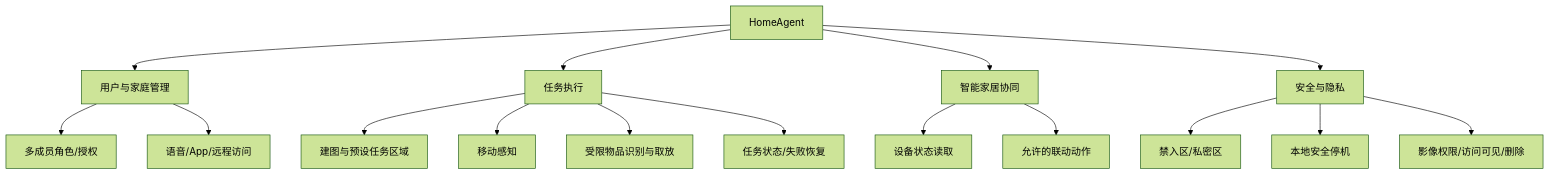
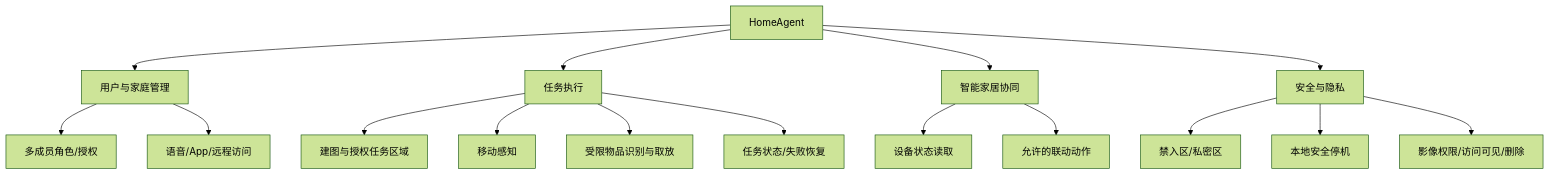
The third of 4 diagrams in src/content/projectDocuments/homeAgent/home-agent.md (kari-leo/windborne-blog), drawn with Mermaid (forest theme) before and after one commit. The commit also changed other lines of this file and 13 other files, not shown here.

````diff
--- a/src/content/projectDocuments/homeAgent/home-agent.md
+++ b/src/content/projectDocuments/homeAgent/home-agent.md
@@ -144,18 +144,18 @@
 ```mermaid
 flowchart TD
     A[HomeAgent] --> B[用户与家庭管理]
     A --> C[任务执行]
     A --> D[智能家居协同]
     A --> E[安全与隐私]
     B --> B1[多成员角色/授权]
     B --> B2[语音/App/远程访问]
-    C --> C1[建图与预设任务区域]
+    C --> C1[建图与授权任务区域]
     C --> C2[移动感知]
     C --> C3[受限物品识别与取放]
     C --> C4[任务状态/失败恢复]
     D --> D1[设备状态读取]
     D --> D2[允许的联动动作]
     E --> E1[禁入区/私密区]
     E --> E2[本地安全停机]
     E --> E3[影像权限/访问可见/删除]
 ```
````
